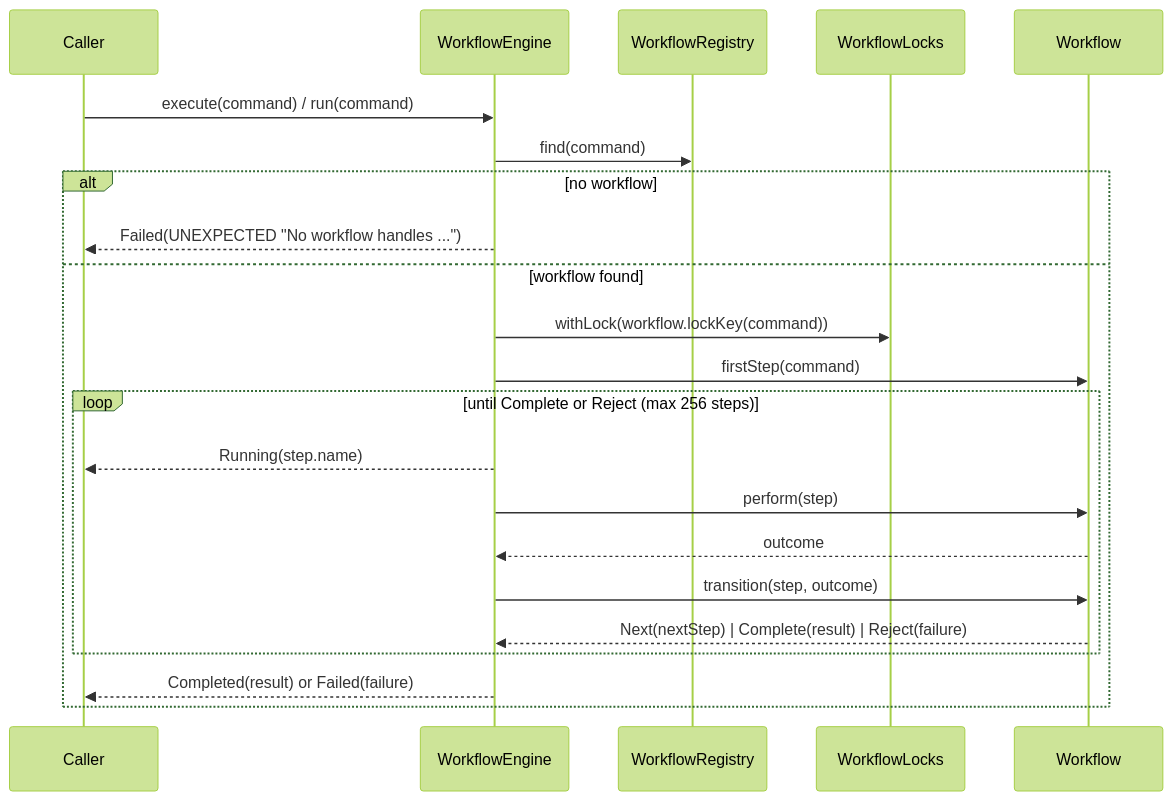
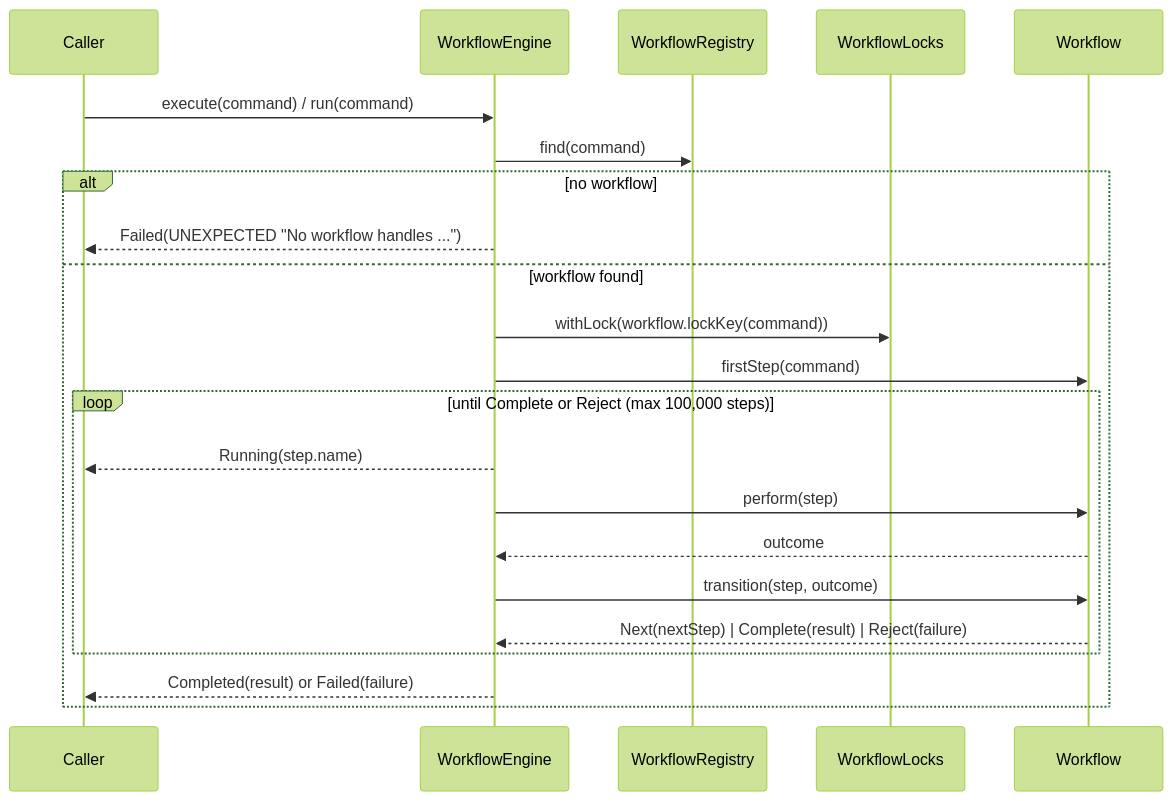
One commit to cbgm/Sparrow changed the third of 6 diagrams in docs/architecture/conversation-orchestration.md. Above: the diagram before and after it, drawn with Mermaid (forest theme). The commit also changed other lines of this file and 226 other files, not shown here.

````diff
--- a/docs/architecture/conversation-orchestration.md
+++ b/docs/architecture/conversation-orchestration.md
@@ -164,25 +164,25 @@
 ```mermaid
 sequenceDiagram
     participant C as Caller
     participant E as WorkflowEngine
     participant R as WorkflowRegistry
     participant L as WorkflowLocks
     participant W as Workflow
 
     C->>E: execute(command) / run(command)
     E->>R: find(command)
     alt no workflow
         E-->>C: Failed(UNEXPECTED "No workflow handles ...")
     else workflow found
         E->>L: withLock(workflow.lockKey(command))
         E->>W: firstStep(command)
-        loop until Complete or Reject (max 256 steps)
+        loop until Complete or Reject (max 100,000 steps)
             E-->>C: Running(step.name)
             E->>W: perform(step)
             W-->>E: outcome
             E->>W: transition(step, outcome)
             W-->>E: Next(nextStep) | Complete(result) | Reject(failure)
         end
         E-->>C: Completed(result) or Failed(failure)
     end
 ```
````
